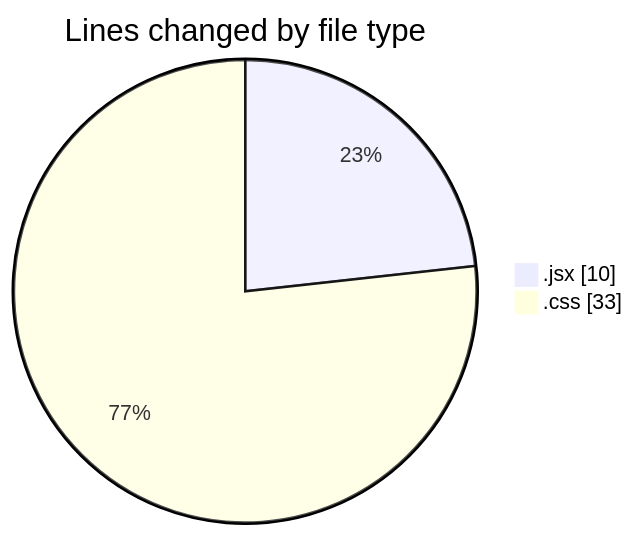
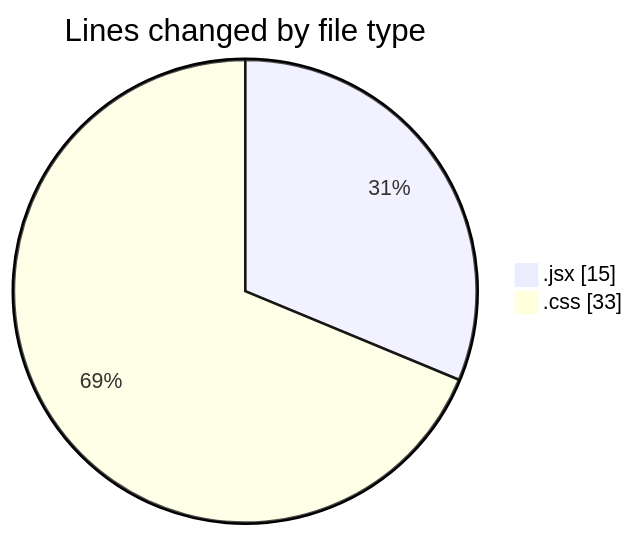
Before and after one commit to Elitesun/code-tracking: the first of 2 diagrams in 2025-02-09/react_ecom/README.md, drawn with Mermaid. The commit also changed other lines of this file and 1 other file, not shown here.

````diff
--- a/2025-02-09/react_ecom/README.md
+++ b/2025-02-09/react_ecom/README.md
@@ -23,6 +23,6 @@
 ```mermaid
 pie showData
 title Lines changed by file type
-".jsx" : 10
+".jsx" : 15
 ".css" : 33
 ```
````
